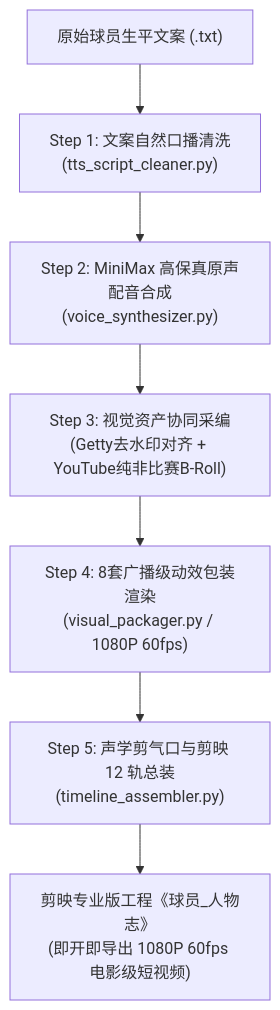
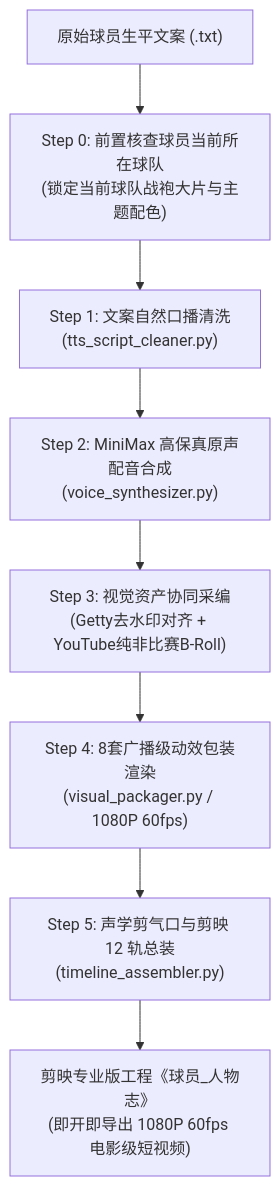
The diagram in README.md (YoungG97/nba-auto-player), drawn with Mermaid before and after one commit. The commit also changed other lines of this file and 2 other files, not shown here.

Commit message:
feat: add Step 0 current team lookup & enforce strict motion graphics packaging standards

````diff
--- a/README.md
+++ b/README.md
@@ -49,9 +49,10 @@
 ```mermaid
 flowchart TD
-    Raw["原始球员生平文案 (.txt)"] --> Step1["Step 1: 文案自然口播清洗<br/>(tts_script_cleaner.py)"]
+    Raw["原始球员生平文案 (.txt)"] --> Step0["Step 0: 前置核查球员当前所在球队<br/>(锁定当前球队战袍大片与主题配色)"]
+    Step0 --> Step1["Step 1: 文案自然口播清洗<br/>(tts_script_cleaner.py)"]
     Step1 --> Step2["Step 2: MiniMax 高保真原声配音合成<br/>(voice_synthesizer.py)"]
     Step2 --> Step3["Step 3: 视觉资产协同采编<br/>(Getty去水印对齐 + YouTube纯非比赛B-Roll)"]
     Step3 --> Step4["Step 4: 8套广播级动效包装渲染<br/>(visual_packager.py / 1080P 60fps)"]
     Step4 --> Step5["Step 5: 声学剪气口与剪映 12 轨总装<br/>(timeline_assembler.py)"]
     Step5 --> Draft["剪映专业版工程《球员_人物志》<br/>(即开即导出 1080P 60fps 电影级短视频)"]
 ```
````
